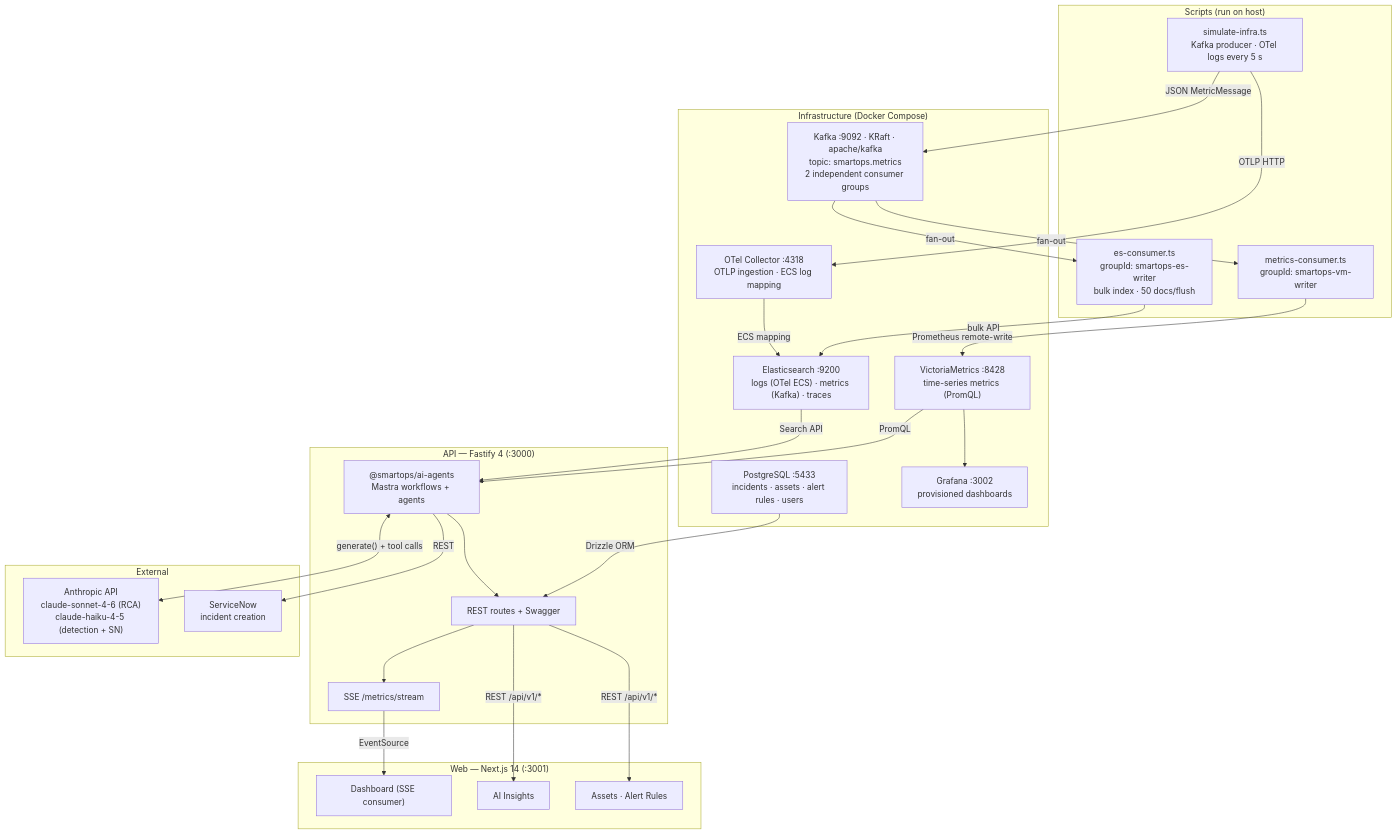
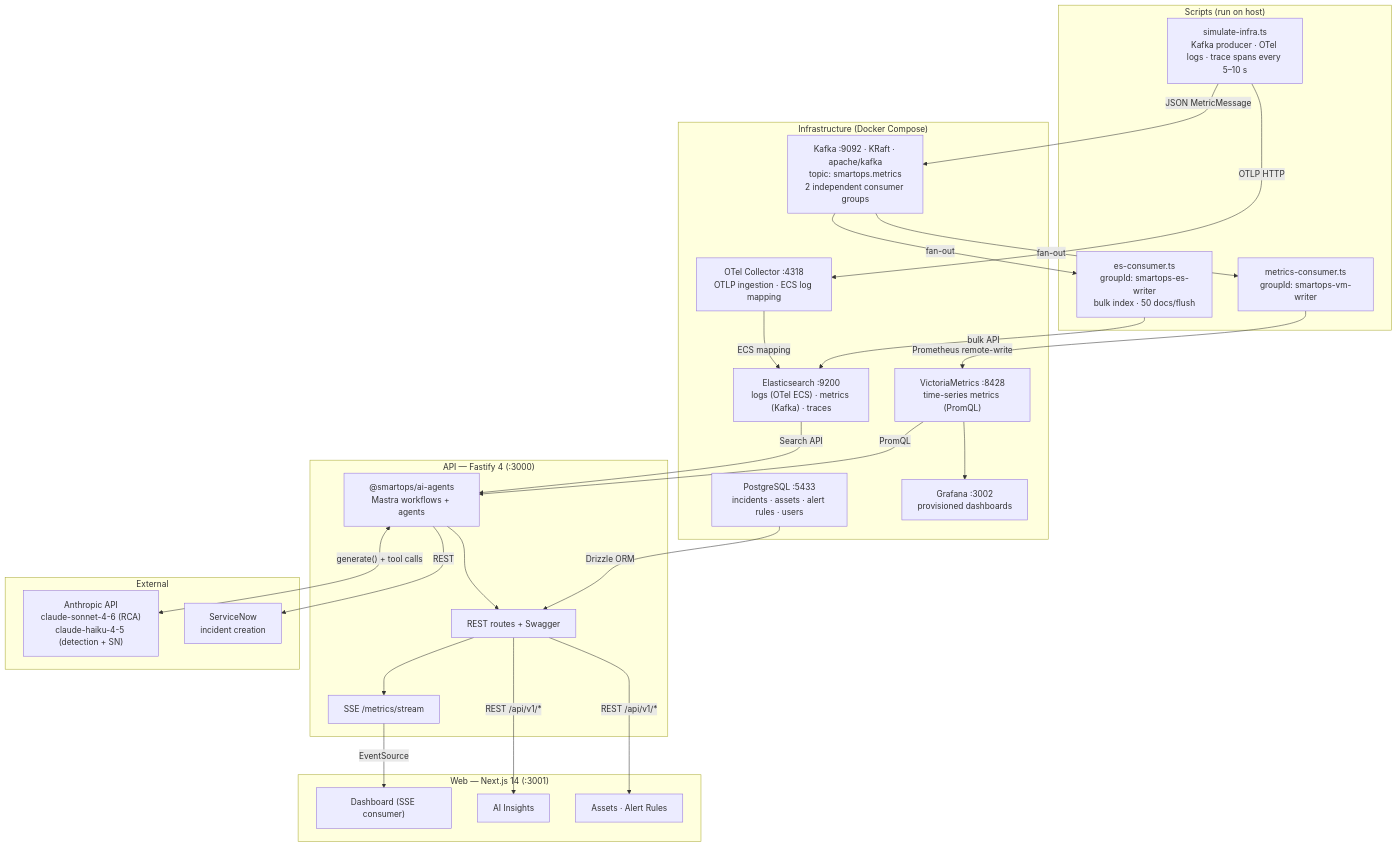
Before and after one commit to sergiunicoara/Agentic-AI: the second of 2 diagrams in SmartOps AI observability platform/README.md, drawn with Mermaid. The commit also changed other lines of this file and 1 other file, not shown here.

````diff
--- a/SmartOps AI observability platform/README.md
+++ b/SmartOps AI observability platform/README.md
@@ -94,53 +96,53 @@
 ```mermaid
 flowchart TD
     subgraph SIM["Scripts (run on host)"]
-        PROD["simulate-infra.ts\nKafka producer · OTel logs every 5 s"]
+        PROD["simulate-infra.ts\nKafka producer · OTel logs · trace spans every 5–10 s"]
         VMC["metrics-consumer.ts\ngroupId: smartops-vm-writer"]
         ESC["es-consumer.ts\ngroupId: smartops-es-writer\nbulk index · 50 docs/flush"]
     end
 
     subgraph INFRA["Infrastructure (Docker Compose)"]
         KAFKA["Kafka :9092 · KRaft · apache/kafka\ntopic: smartops.metrics\n2 independent consumer groups"]
         VM["VictoriaMetrics :8428\ntime-series metrics (PromQL)"]
         ES["Elasticsearch :9200\nlogs (OTel ECS) · metrics (Kafka) · traces"]
         PG["PostgreSQL :5433\nincidents · assets · alert rules · users"]
         GF["Grafana :3002\nprovisioned dashboards"]
         OTEL["OTel Collector :4318\nOTLP ingestion · ECS log mapping"]
     end
 
     subgraph APPAPI["API — Fastify 4 (:3000)"]
         ROUTES["REST routes + Swagger"]
         SSE["SSE /metrics/stream"]
         AIMOD["@smartops/ai-agents\nMastra workflows + agents"]
     end
 
     subgraph WEB["Web — Next.js 14 (:3001)"]
         DASH["Dashboard (SSE consumer)"]
         AIPG["AI Insights"]
         MGMT["Assets · Alert Rules"]
     end
 
     subgraph EXT["External"]
         CLAUDE["Anthropic API\nclaude-sonnet-4-6 (RCA)\nclaude-haiku-4-5 (detection + SN)"]
         SNOW["ServiceNow\nincident creation"]
     end
 
     PROD -->|"JSON MetricMessage"| KAFKA
     PROD -->|"OTLP HTTP"| OTEL
     KAFKA -->|"fan-out"| VMC
     KAFKA -->|"fan-out"| ESC
     VMC -->|"Prometheus remote-write"| VM
     ESC -->|"bulk API"| ES
     OTEL -->|"ECS mapping"| ES
     VM --> GF
     VM -->|"PromQL"| AIMOD
     ES -->|"Search API"| AIMOD
     PG -->|"Drizzle ORM"| ROUTES
     AIMOD --> ROUTES
     AIMOD <-->|"generate() + tool calls"| CLAUDE
     AIMOD -->|"REST"| SNOW
     ROUTES --> SSE
     SSE -->|"EventSource"| DASH
     ROUTES -->|"REST /api/v1/*"| AIPG
     ROUTES -->|"REST /api/v1/*"| MGMT
 ```
````
